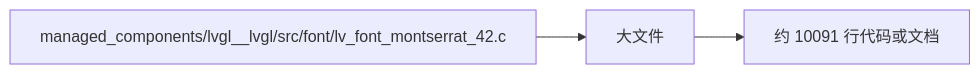
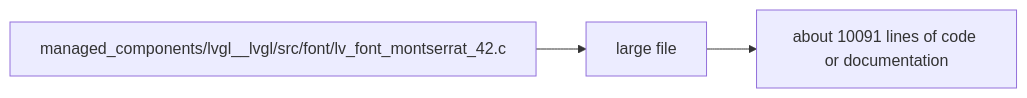
One commit to manmuqingshan/trail-mate changed the diagram in docs/engineering/technical-hotspots/large-file--managed_components-lvgl__lvgl-src-font-lv_font_montserrat_42-c/technical-hotspot.md. Above: the diagram before and after it, drawn with Mermaid. The commit also changed other lines of this file and 527 other files, not shown here.

````diff
--- a/docs/engineering/technical-hotspots/large-file--managed_components-lvgl__lvgl-src-font-lv_font_montserrat_42-c/technical-hotspot.md
+++ b/docs/engineering/technical-hotspots/large-file--managed_components-lvgl__lvgl-src-font-lv_font_montserrat_42-c/technical-hotspot.md
@@ -40,8 +40,8 @@
 ```mermaid
 flowchart LR
   target["managed_components/lvgl__lvgl/src/font/lv_font_montserrat_42.c"]
-  hotspot["大文件"]
-  signal["约 10091 行代码或文档"]
+ hotspot["large file"]
+ signal["about 10091 lines of code or documentation"]
   target --> hotspot
   hotspot --> signal
 ```
````
